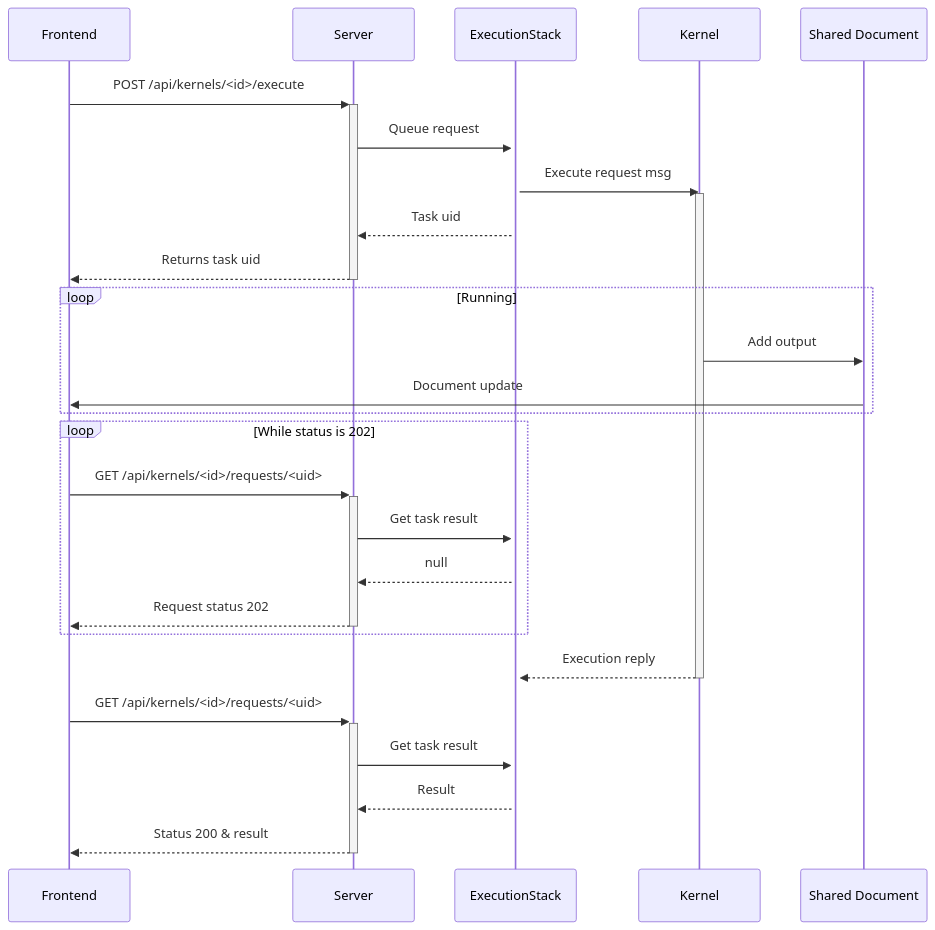
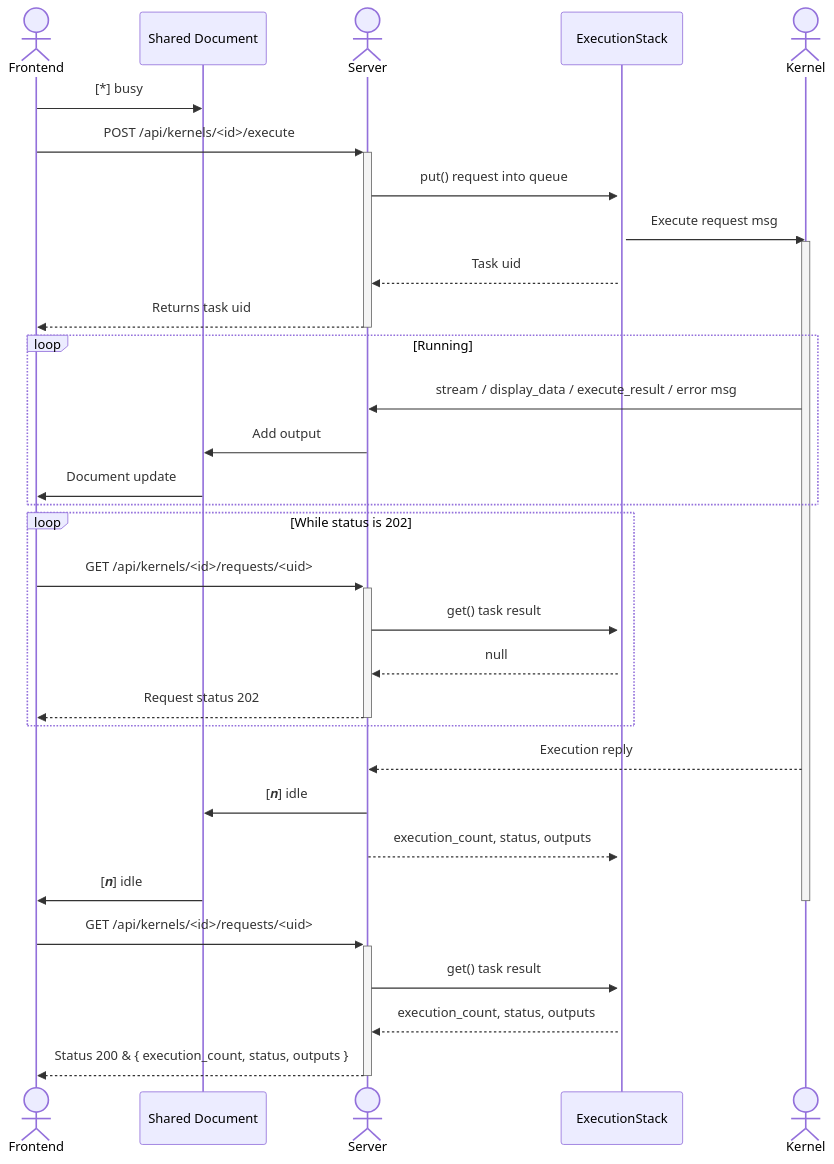
One commit to datalayer/jupyter-server-nbmodel changed the first of 2 diagrams in README.md. Above: the diagram before and after it, drawn with Mermaid. The commit also changed other lines of this file, not shown here.

First line of the commit message:
Diagram fix: Kernel doesn't update Y doc, Server does (#41)

````diff
--- a/README.md
+++ b/README.md
@@ -75,25 +75,31 @@
 ```mermaid
 sequenceDiagram
+    actor Frontend; participant Shared Document; actor Server; participant ExecutionStack; actor Kernel
+    Frontend->>Shared Document: [*] busy
     Frontend->>+Server: POST /api/kernels/<id>/execute
-    Server->>+ExecutionStack: Queue request
+    Server->>+ExecutionStack: put() request into queue
     ExecutionStack->>Kernel: Execute request msg
     activate Kernel
     ExecutionStack-->>Server: Task uid
     Server-->>-Frontend: Returns task uid
     loop Running
-        Kernel->>Shared Document: Add output
+        Kernel->>Server: stream / display_data / execute_result / error msg
+        Server->>Shared Document: Add output
         Shared Document->>Frontend: Document update
     end
     loop While status is 202
         Frontend->>+Server: GET /api/kernels/<id>/requests/<uid>
-        Server->>ExecutionStack: Get task result
+        Server->>ExecutionStack: get() task result
         ExecutionStack-->>Server: null
         Server-->>-Frontend: Request status 202
     end
-    Kernel-->>ExecutionStack: Execution reply
+    Kernel-->>Server: Execution reply
+    Server->>Shared Document: [𝒏] idle
+    Server-->>ExecutionStack: execution_count, status, outputs
+    Shared Document->>Frontend: [𝒏] idle
     deactivate Kernel
     Frontend->>+Server: GET /api/kernels/<id>/requests/<uid>
-    Server->>ExecutionStack: Get task result
-    ExecutionStack-->>Server: Result
-    Server-->>-Frontend: Status 200 & result
+    Server->>ExecutionStack: get() task result
+    ExecutionStack-->>Server: execution_count, status, outputs
+    Server-->>-Frontend: Status 200 & { execution_count, status, outputs }
 ```
````
